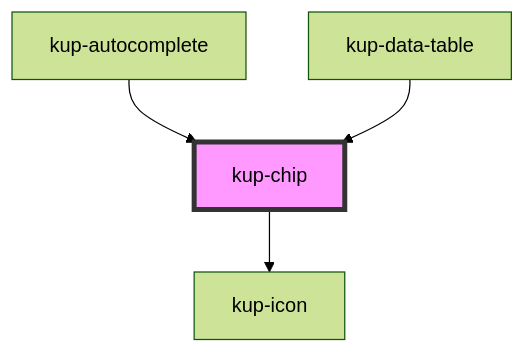
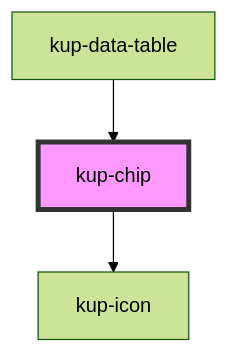
One commit to smeup/ketchup changed the diagram in packages/ketchup/src/components/kup-chip/readme.md. Above: the diagram before and after it, drawn with Mermaid (forest theme). The commit also changed other lines of this file and 32 other files, not shown here.

````diff
--- a/packages/ketchup/src/components/kup-chip/readme.md
+++ b/packages/ketchup/src/components/kup-chip/readme.md
@@ -40,7 +39,6 @@
 ```mermaid
 graph TD;
   kup-chip --> kup-icon
-  kup-autocomplete --> kup-chip
   kup-data-table --> kup-chip
   style kup-chip fill:#f9f,stroke:#333,stroke-width:4px
 ```
````
